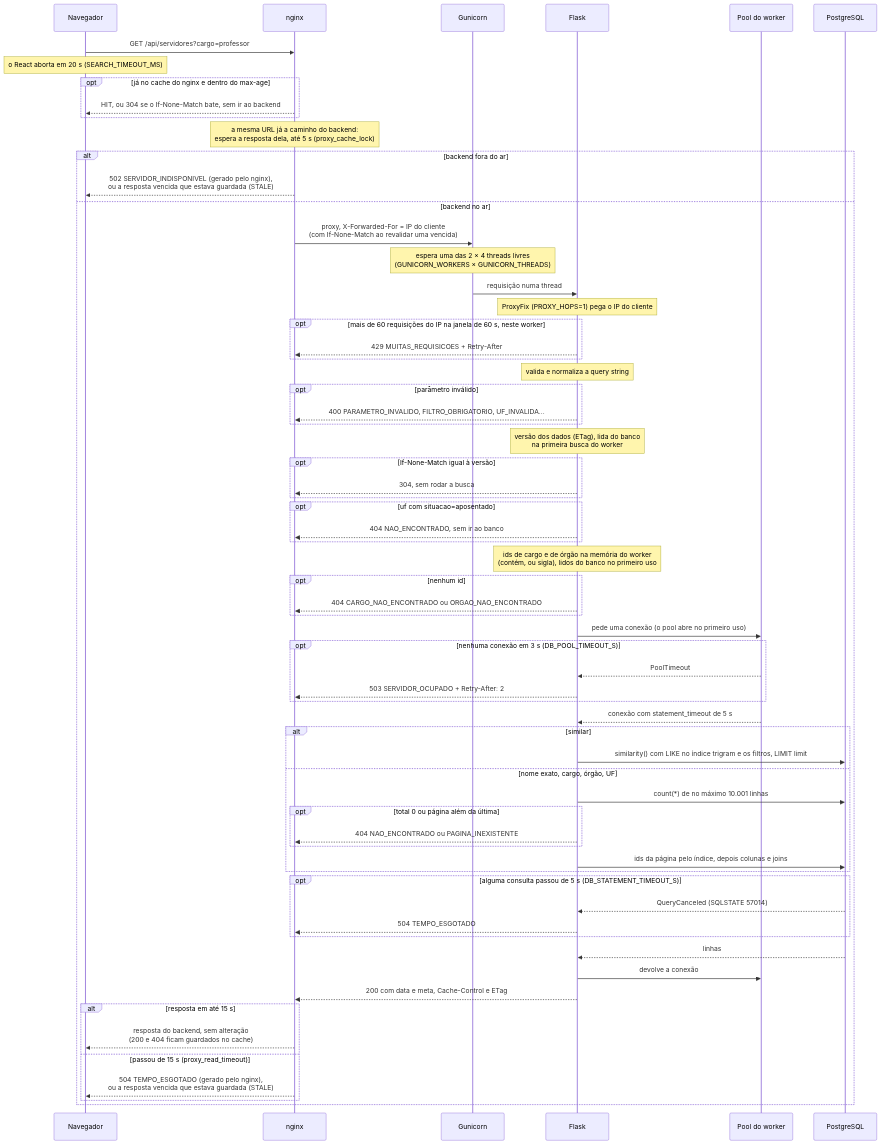
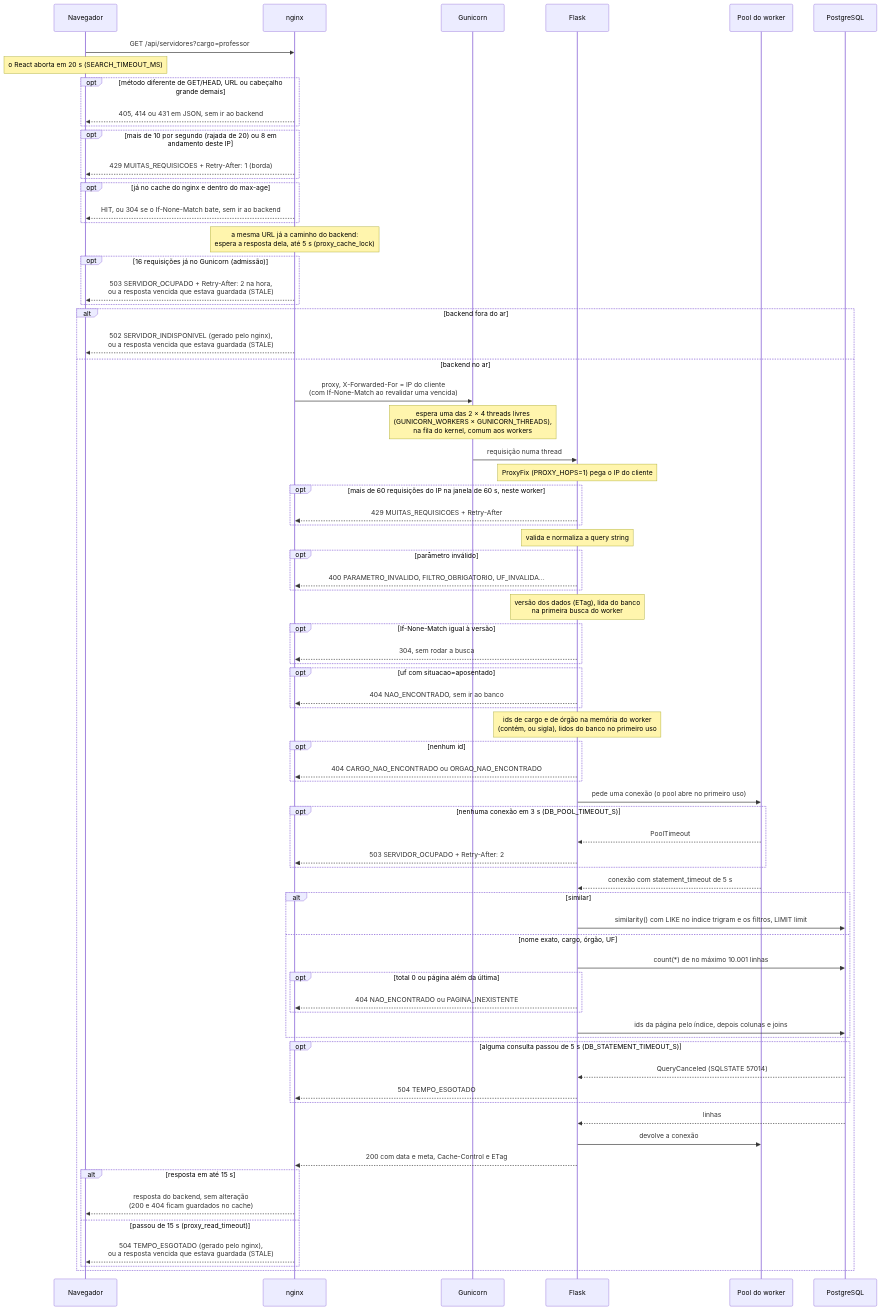
The second of 5 diagrams in docs/arquitetura.md (cerfdotdev/radar-publico), drawn with Mermaid before and after one commit. The commit also changed other lines of this file and 2 other files, not shown here.

First line of the commit message:
docs: limites da borda, recursos dos containers e deploy

````diff
--- a/docs/arquitetura.md
+++ b/docs/arquitetura.md
@@ -86,69 +89,78 @@
 ```mermaid
 sequenceDiagram
     participant B as Navegador
     participant N as nginx
     participant G as Gunicorn
     participant F as Flask
     participant P as Pool do worker
     participant D as PostgreSQL
 
     B->>N: GET /api/servidores?cargo=professor
     Note over B: o React aborta em 20 s (SEARCH_TIMEOUT_MS)
+    opt método diferente de GET/HEAD, URL ou cabeçalho grande demais
+        N-->>B: 405, 414 ou 431 em JSON, sem ir ao backend
+    end
+    opt mais de 10 por segundo (rajada de 20) ou 8 em andamento deste IP
+        N-->>B: 429 MUITAS_REQUISICOES + Retry-After: 1 (borda)
+    end
     opt já no cache do nginx e dentro do max-age
         N-->>B: HIT, ou 304 se o If-None-Match bate, sem ir ao backend
     end
     Note over N: a mesma URL já a caminho do backend:<br/>espera a resposta dela, até 5 s (proxy_cache_lock)
+    opt 16 requisições já no Gunicorn (admissão)
+        N-->>B: 503 SERVIDOR_OCUPADO + Retry-After: 2 na hora,<br/>ou a resposta vencida que estava guardada (STALE)
+    end
     alt backend fora do ar
         N-->>B: 502 SERVIDOR_INDISPONIVEL (gerado pelo nginx),<br/>ou a resposta vencida que estava guardada (STALE)
     else backend no ar
         N->>G: proxy, X-Forwarded-For = IP do cliente<br/>(com If-None-Match ao revalidar uma vencida)
-        Note over G: espera uma das 2 × 4 threads livres<br/>(GUNICORN_WORKERS × GUNICORN_THREADS)
+        Note over G: espera uma das 2 × 4 threads livres<br/>(GUNICORN_WORKERS × GUNICORN_THREADS),<br/>na fila do kernel, comum aos workers
         G->>F: requisição numa thread
         Note over F: ProxyFix (PROXY_HOPS=1) pega o IP do cliente
         opt mais de 60 requisições do IP na janela de 60 s, neste worker
             F-->>N: 429 MUITAS_REQUISICOES + Retry-After
         end
         Note over F: valida e normaliza a query string
         opt parâmetro inválido
             F-->>N: 400 PARAMETRO_INVALIDO, FILTRO_OBRIGATORIO, UF_INVALIDA...
         end
         Note over F: versão dos dados (ETag), lida do banco<br/>na primeira busca do worker
         opt If-None-Match igual à versão
             F-->>N: 304, sem rodar a busca
         end
         opt uf com situacao=aposentado
             F-->>N: 404 NAO_ENCONTRADO, sem ir ao banco
         end
         Note over F: ids de cargo e de órgão na memória do worker<br/>(contém, ou sigla), lidos do banco no primeiro uso
         opt nenhum id
             F-->>N: 404 CARGO_NAO_ENCONTRADO ou ORGAO_NAO_ENCONTRADO
         end
         F->>P: pede uma conexão (o pool abre no primeiro uso)
         opt nenhuma conexão em 3 s (DB_POOL_TIMEOUT_S)
             P-->>F: PoolTimeout
             F-->>N: 503 SERVIDOR_OCUPADO + Retry-After: 2
         end
         P-->>F: conexão com statement_timeout de 5 s
         alt similar
             F->>D: similarity() com LIKE no índice trigram e os filtros, LIMIT limit
         else nome exato, cargo, órgão, UF
             F->>D: count(*) de no máximo 10.001 linhas
             opt total 0 ou página além da última
                 F-->>N: 404 NAO_ENCONTRADO ou PAGINA_INEXISTENTE
             end
             F->>D: ids da página pelo índice, depois colunas e joins
         end
         opt alguma consulta passou de 5 s (DB_STATEMENT_TIMEOUT_S)
             D-->>F: QueryCanceled (SQLSTATE 57014)
             F-->>N: 504 TEMPO_ESGOTADO
         end
         D-->>F: linhas
         F->>P: devolve a conexão
         F-->>N: 200 com data e meta, Cache-Control e ETag
         alt resposta em até 15 s
             N-->>B: resposta do backend, sem alteração<br/>(200 e 404 ficam guardados no cache)
         else passou de 15 s (proxy_read_timeout)
             N-->>B: 504 TEMPO_ESGOTADO (gerado pelo nginx),<br/>ou a resposta vencida que estava guardada (STALE)
         end
     end
 ```
````
